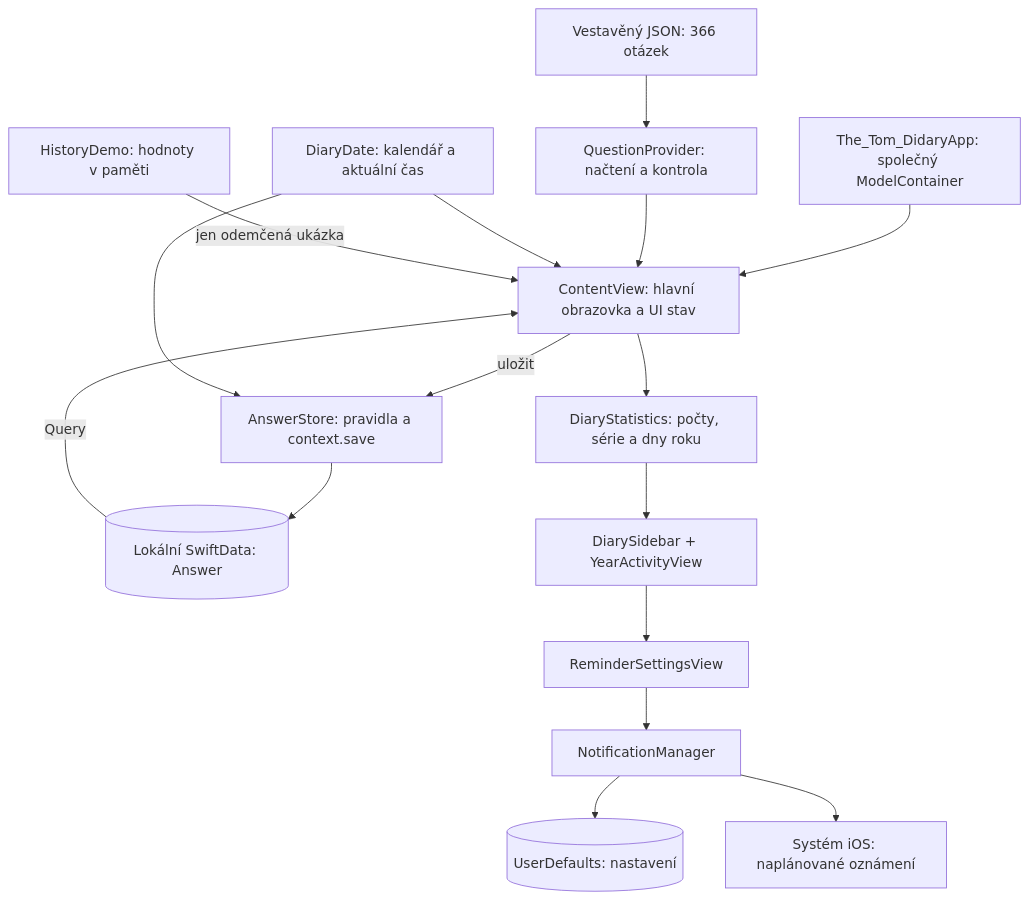
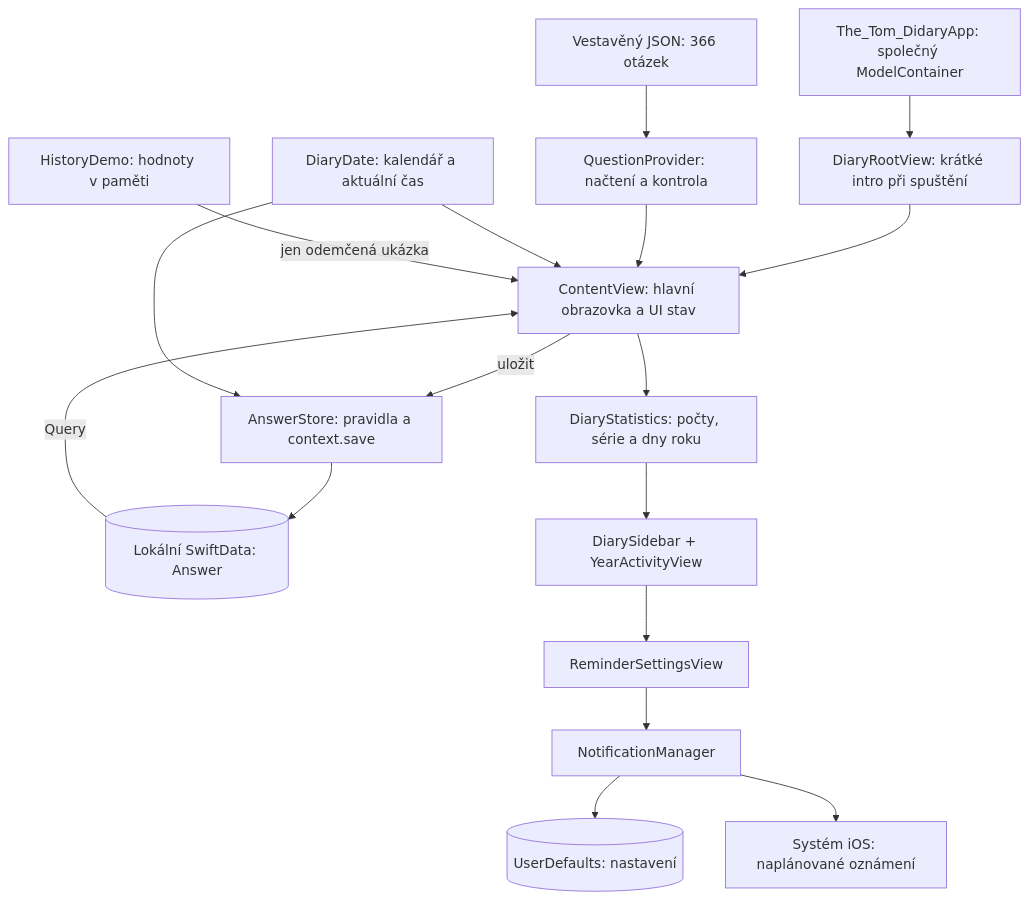
The diagram in Documentation/architecture.md (tomasrejhon/the-tom-diary), drawn with Mermaid before and after one commit. The commit also changed other lines of this file and 13 other files, not shown here.

````diff
--- a/Documentation/architecture.md
+++ b/Documentation/architecture.md
@@ -7,18 +7,19 @@
 ```mermaid
 flowchart TD
-    App[The_Tom_DidaryApp: společný ModelContainer] --> View[ContentView: hlavní obrazovka a UI stav]
+    App[The_Tom_DidaryApp: společný ModelContainer] --> Root[DiaryRootView: krátké intro při spuštění]
+    Root --> View[ContentView: hlavní obrazovka a UI stav]
     DB[(Lokální SwiftData: Answer)] -->|Query| View
     JSON[Vestavěný JSON: 366 otázek] --> Provider[QuestionProvider: načtení a kontrola]
     Provider --> View
     View -->|uložit| Store[AnswerStore: pravidla a context.save]
     Store --> DB
     Date[DiaryDate: kalendář a aktuální čas] --> View
     Date --> Store
     View --> Stats[DiaryStatistics: počty, série a dny roku]
     Stats --> Menu[DiarySidebar + YearActivityView]
     Menu --> Settings[ReminderSettingsView]
     Settings --> Notifications[NotificationManager]
     Notifications --> Defaults[(UserDefaults: nastavení)]
     Notifications --> System[Systém iOS: naplánované oznámení]
     Demo[HistoryDemo: hodnoty v paměti] -->|jen odemčená ukázka| View
 ```
````
